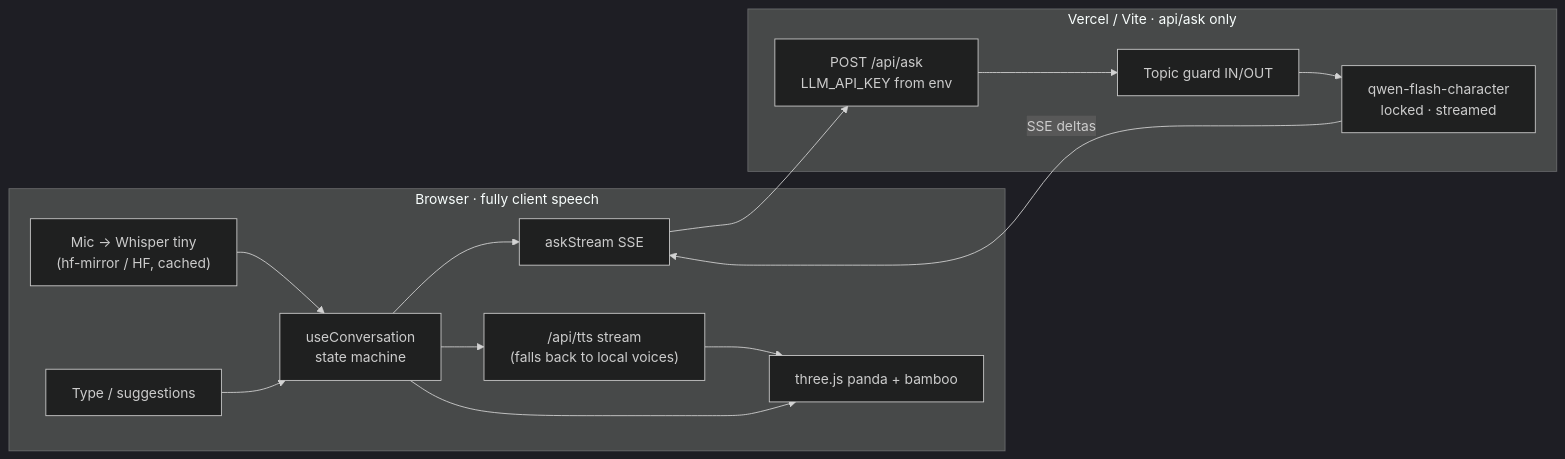
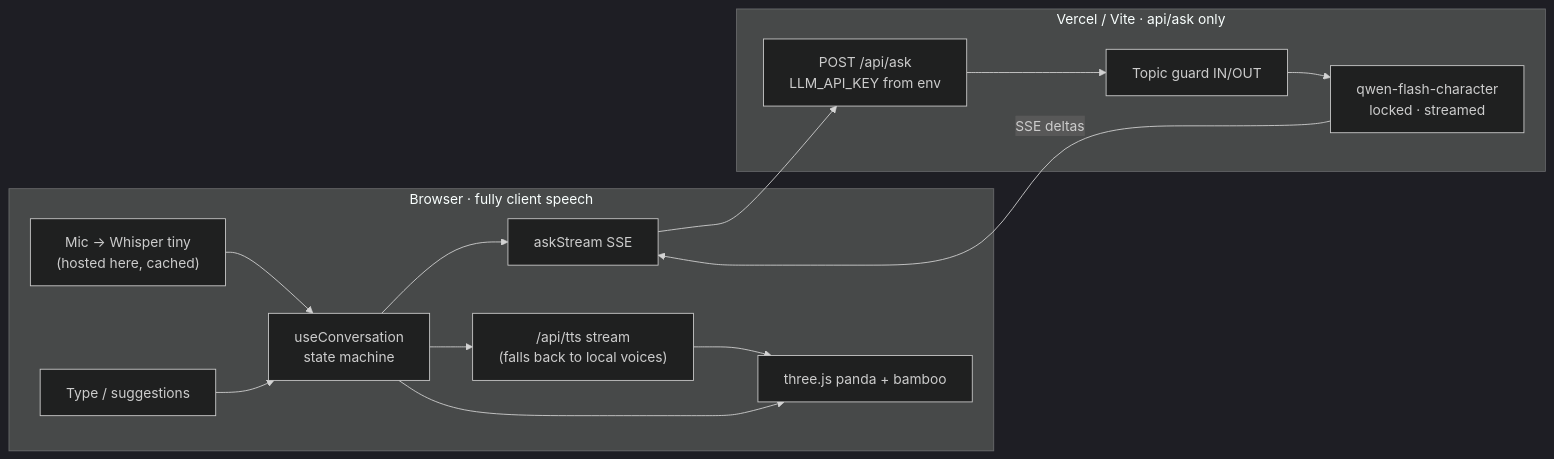
One commit to RaphaelPelerin/Bao-The-Panda-Expert changed the diagram in README.md. Above: the diagram before and after it, drawn with Mermaid (dark theme). The commit also changed other lines of this file and 11 other files, not shown here.

````diff
--- a/README.md
+++ b/README.md
@@ -50,19 +50,19 @@
 ```mermaid
 flowchart LR
   subgraph Browser["Browser · fully client speech"]
-    Mic["Mic → Whisper tiny\n(hf-mirror / HF, cached)"] --> Hook
+    Mic["Mic → Whisper tiny\n(hosted here, cached)"] --> Hook
     Type["Type / suggestions"] --> Hook
     Hook["useConversation\nstate machine"] --> SSE["askStream SSE"]
     Hook --> TTS["/api/tts stream\n(falls back to local voices)"]
     Hook --> Avatar["three.js panda + bamboo"]
     TTS --> Avatar
   end
 
   subgraph Server["Vercel / Vite · api/ask only"]
     API["POST /api/ask\nLLM_API_KEY from env"] --> Guard["Topic guard IN/OUT"]
     Guard --> Qwen["qwen-flash-character\nlocked · streamed"]
   end
 
   SSE --> API
   Qwen -->|SSE deltas| SSE
 ```
````
